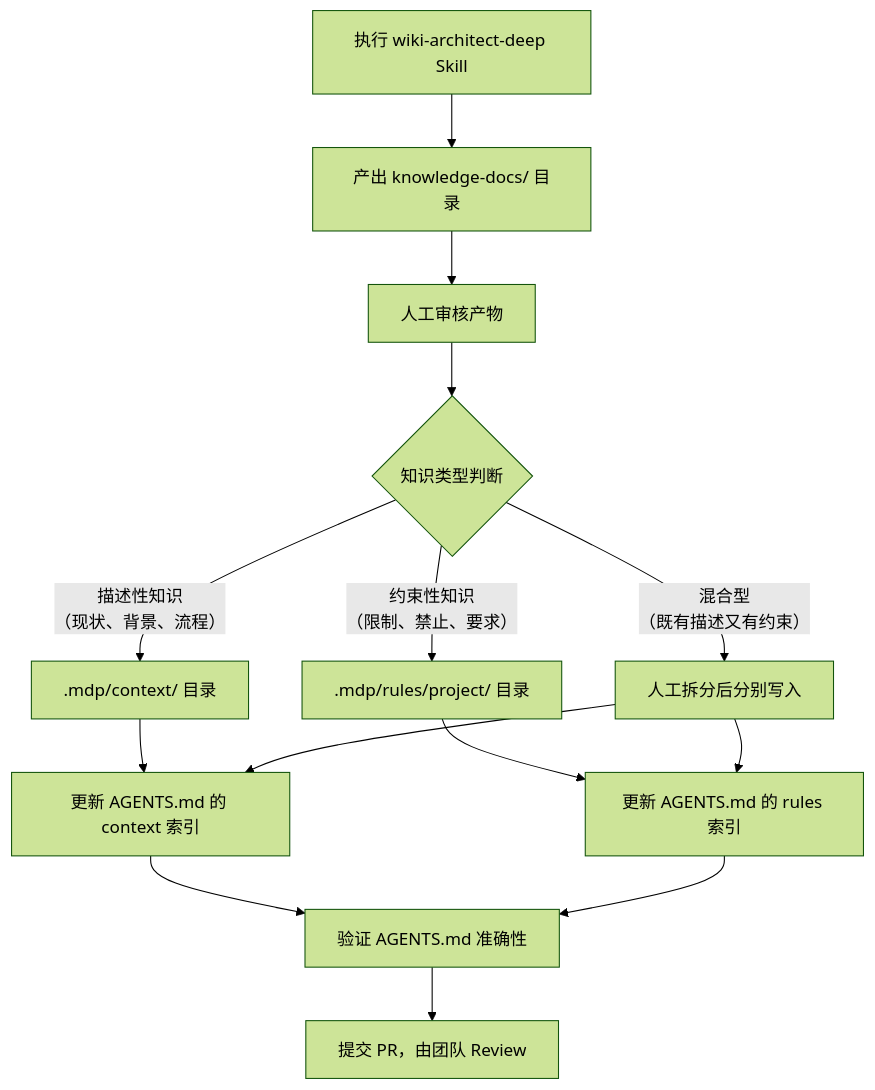
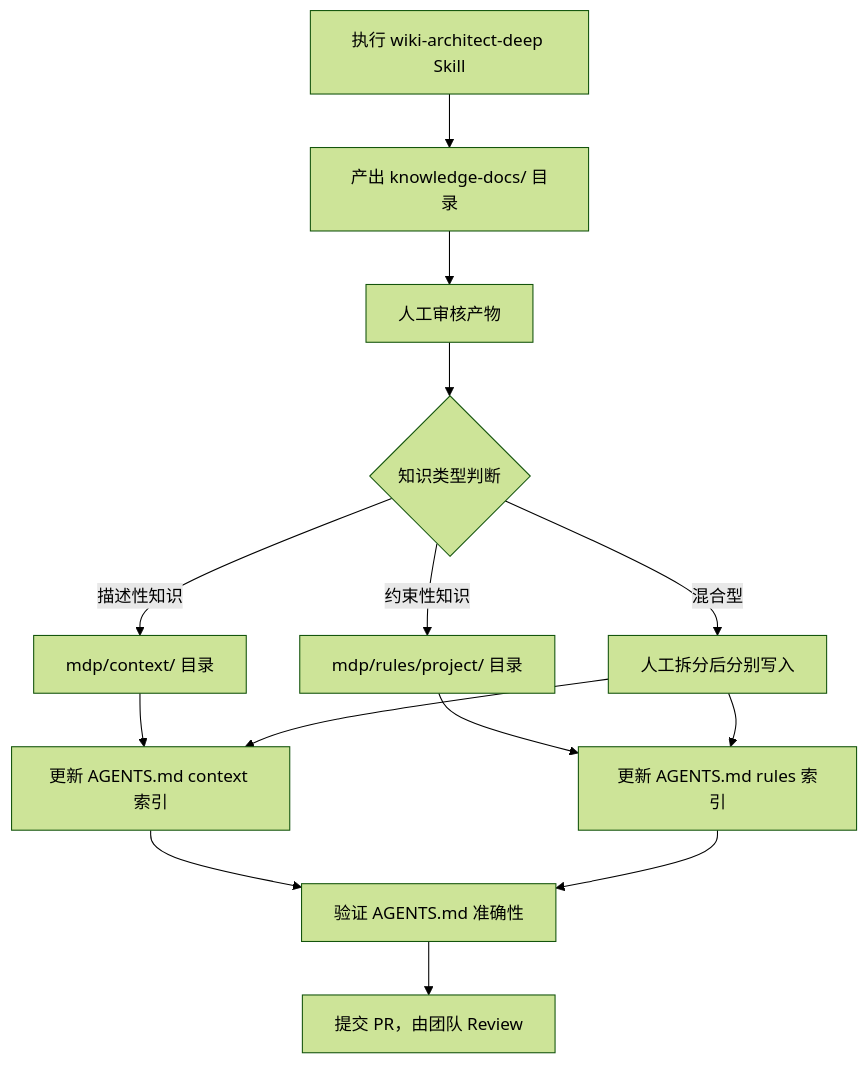
One commit to zlh-428/zlh-428 changed the second of 4 diagrams in ai-coding/knowledge-base.md. Above: the diagram before and after it, drawn with Mermaid (forest theme).

Commit message:
Refactor flowchart for knowledge types in documentation

````diff
--- a/ai-coding/knowledge-base.md
+++ b/ai-coding/knowledge-base.md
@@ -166,19 +166,19 @@
 ```mermaid
 flowchart TD
     A["执行 wiki-architect-deep Skill"] --> B["产出 knowledge-docs/ 目录"]
     B --> C["人工审核产物"]
-    
+
     C --> D{"知识类型判断"}
-    D -->|"描述性知识<br/>（现状、背景、流程）"| E[".mdp/context/ 目录"]
-    D -->|"约束性知识<br/>（限制、禁止、要求）"| F[".mdp/rules/project/ 目录"]
-    D -->|"混合型<br/>（既有描述又有约束）"| G["人工拆分后分别写入"]
-    
-    E --> H["更新 AGENTS.md 的 context 索引"]
-    F --> I["更新 AGENTS.md 的 rules 索引"]
+    D -->|"描述性知识"| E["mdp/context/ 目录"]
+    D -->|"约束性知识"| F["mdp/rules/project/ 目录"]
+    D -->|"混合型"| G["人工拆分后分别写入"]
+
+    E --> H["更新 AGENTS.md context 索引"]
+    F --> I["更新 AGENTS.md rules 索引"]
     G --> H
     G --> I
-    
+
     H --> J["验证 AGENTS.md 准确性"]
     I --> J
     J --> K["提交 PR，由团队 Review"]
 ```
````
